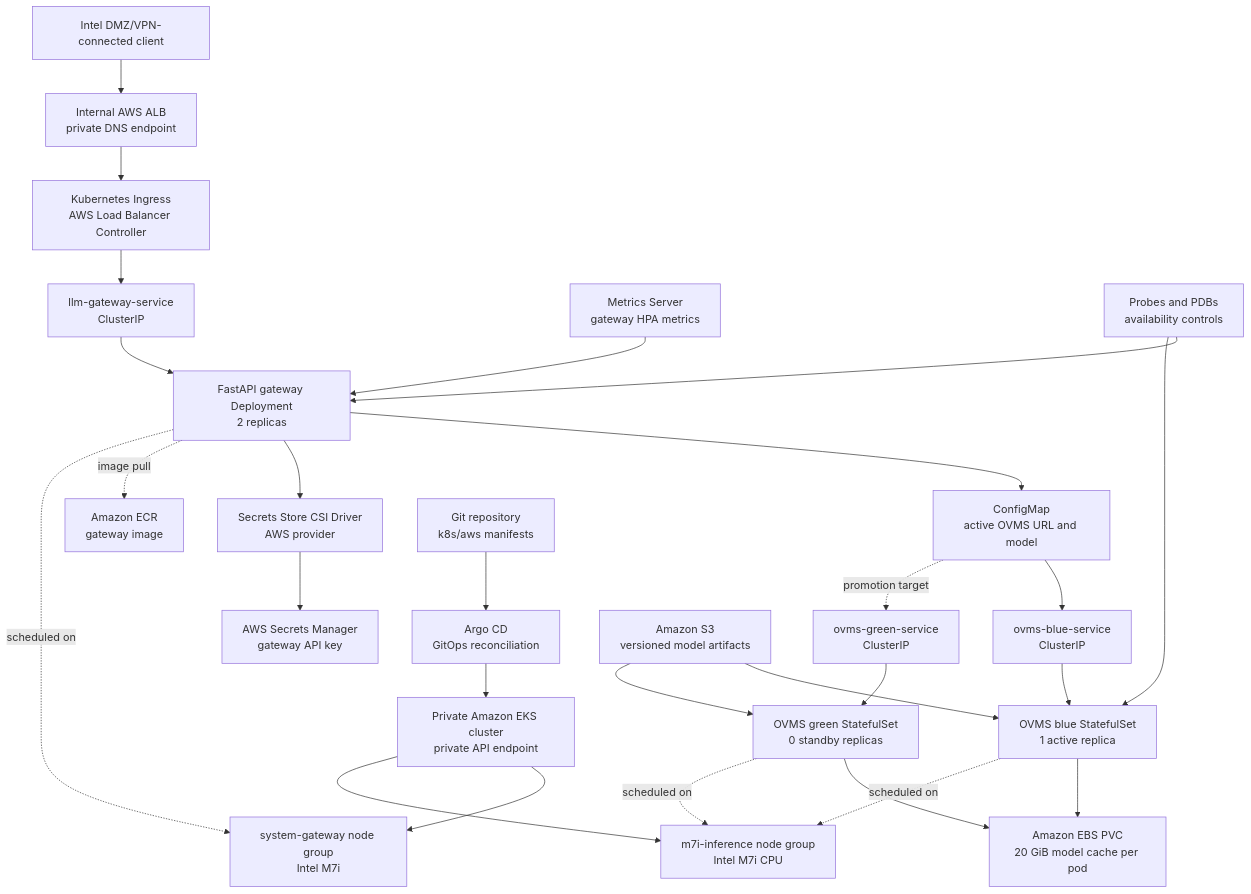
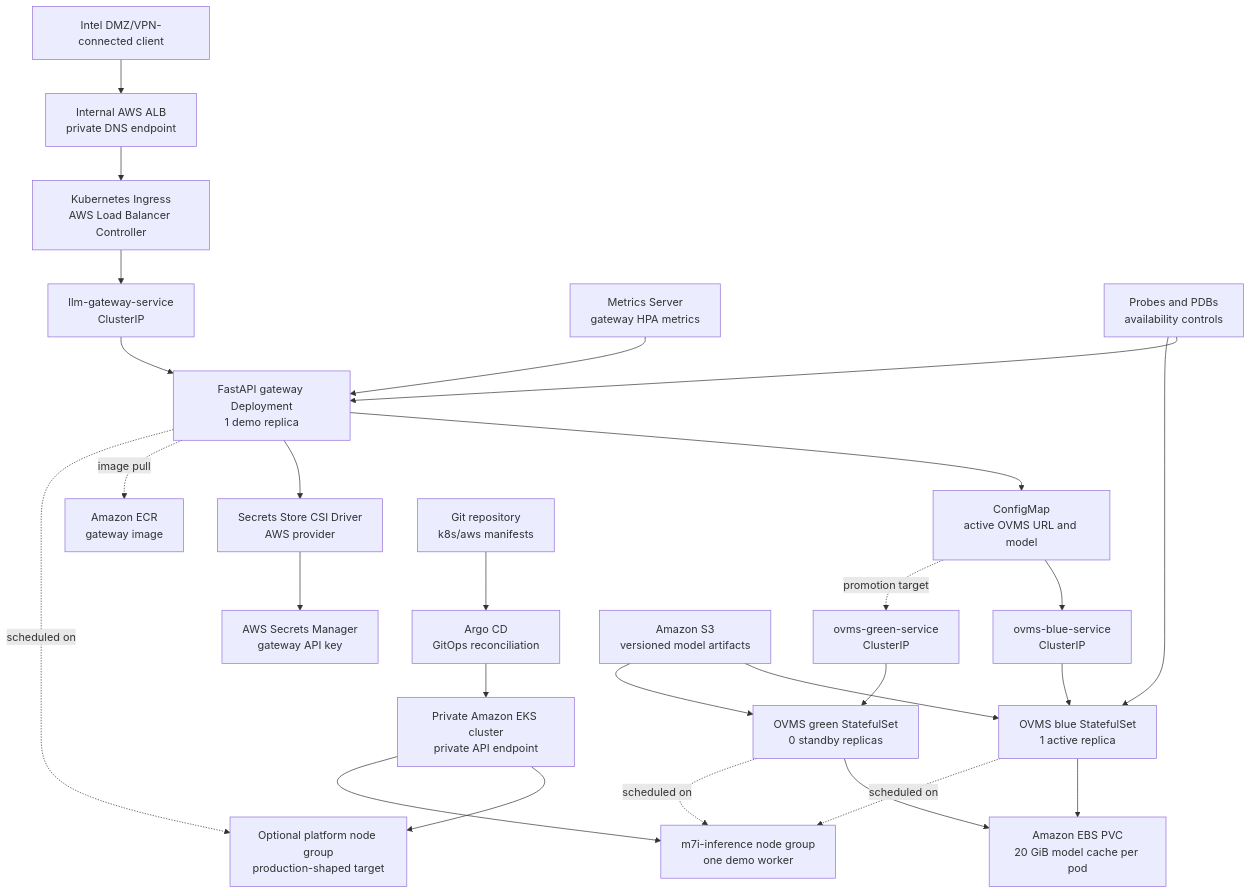
Before and after one commit to tusharkrbarman/k8s: the diagram in docs/openvino-eks-devops-interview-handbook.md, drawn with Mermaid. The commit also changed other lines of this file and 22 other files, not shown here.

````diff
--- a/docs/openvino-eks-devops-interview-handbook.md
+++ b/docs/openvino-eks-devops-interview-handbook.md
@@ -305,59 +307,59 @@
 ```mermaid
 flowchart TB
     Client["Intel DMZ/VPN-connected client"]
     ALB["Internal AWS ALB<br/>private DNS endpoint"]
     Ingress["Kubernetes Ingress<br/>AWS Load Balancer Controller"]
     GatewayService["llm-gateway-service<br/>ClusterIP"]
-    GatewayPods["FastAPI gateway Deployment<br/>2 replicas"]
+    GatewayPods["FastAPI gateway Deployment<br/>1 demo replica"]
     GatewayConfig["ConfigMap<br/>active OVMS URL and model"]
     SecretCSI["Secrets Store CSI Driver<br/>AWS provider"]
     Secrets["AWS Secrets Manager<br/>gateway API key"]
 
     BlueService["ovms-blue-service<br/>ClusterIP"]
     BlueOVMS["OVMS blue StatefulSet<br/>1 active replica"]
     GreenService["ovms-green-service<br/>ClusterIP"]
     GreenOVMS["OVMS green StatefulSet<br/>0 standby replicas"]
 
     S3["Amazon S3<br/>versioned model artifacts"]
     EBS["Amazon EBS PVC<br/>20 GiB model cache per pod"]
     ECR["Amazon ECR<br/>gateway image"]
 
     EKS["Private Amazon EKS cluster<br/>private API endpoint"]
-    SystemNodes["system-gateway node group<br/>Intel M7i"]
-    InferenceNodes["m7i-inference node group<br/>Intel M7i CPU"]
+    SystemNodes["Optional platform node group<br/>production-shaped target"]
+    InferenceNodes["m7i-inference node group<br/>one demo worker"]
 
     Git["Git repository<br/>k8s/aws manifests"]
     Argo["Argo CD<br/>GitOps reconciliation"]
     Metrics["Metrics Server<br/>gateway HPA metrics"]
     Health["Probes and PDBs<br/>availability controls"]
 
     Client --> ALB
     ALB --> Ingress
     Ingress --> GatewayService
     GatewayService --> GatewayPods
     GatewayPods --> GatewayConfig
     GatewayConfig --> BlueService
     GatewayConfig -. "promotion target" .-> GreenService
     BlueService --> BlueOVMS
     GreenService --> GreenOVMS
 
     GatewayPods --> SecretCSI
     SecretCSI --> Secrets
     GatewayPods -. "image pull" .-> ECR
     BlueOVMS --> EBS
     GreenOVMS --> EBS
     S3 --> BlueOVMS
     S3 --> GreenOVMS
 
     EKS --> SystemNodes
     EKS --> InferenceNodes
     GatewayPods -. "scheduled on" .-> SystemNodes
     BlueOVMS -. "scheduled on" .-> InferenceNodes
     GreenOVMS -. "scheduled on" .-> InferenceNodes
 
     Git --> Argo
     Argo --> EKS
     Metrics --> GatewayPods
     Health --> GatewayPods
     Health --> BlueOVMS
 ```
````
